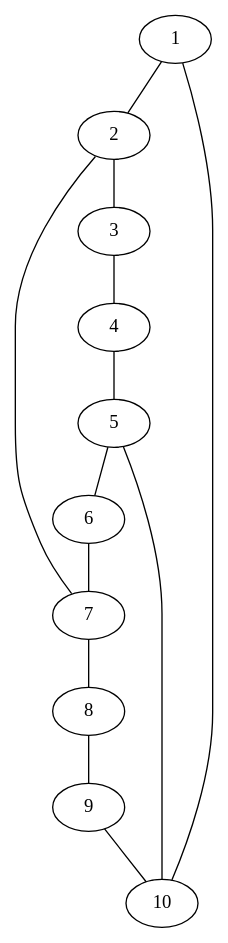
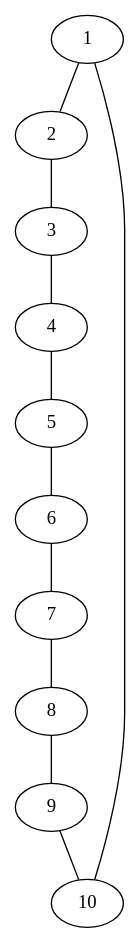
Before and after one commit to dzazef/networking-technologies: the diagram in list2/zad2/graph.dot, drawn with Graphviz. The commit also changed 4 other files, not shown here.

```diff
--- a/list2/zad2/graph.dot
+++ b/list2/zad2/graph.dot
@@ -1,24 +1,22 @@
 strict graph G {
   1;
   2;
   3;
   4;
   5;
   6;
   7;
   8;
   9;
   10;
   1 -- 10;
-  5 -- 10;
-  2 -- 7;
   1 -- 2;
   2 -- 3;
   3 -- 4;
   4 -- 5;
   5 -- 6;
   6 -- 7;
   7 -- 8;
   8 -- 9;
   9 -- 10;
 }
```
